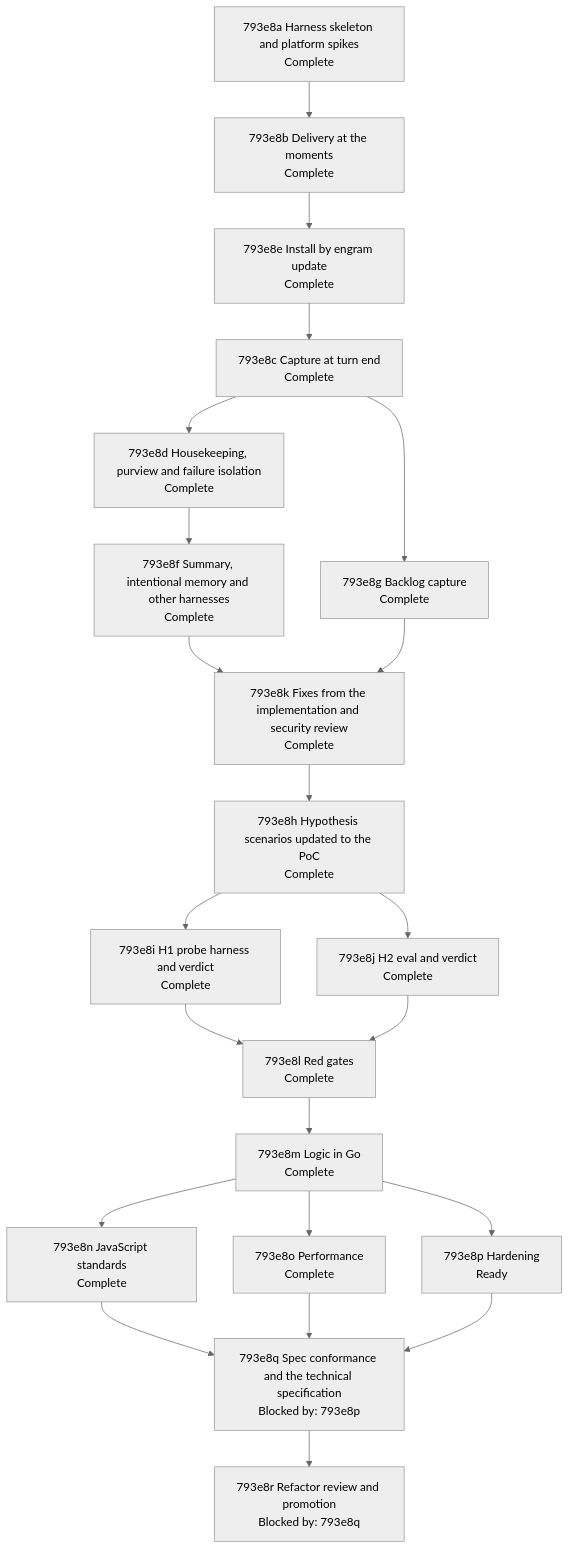
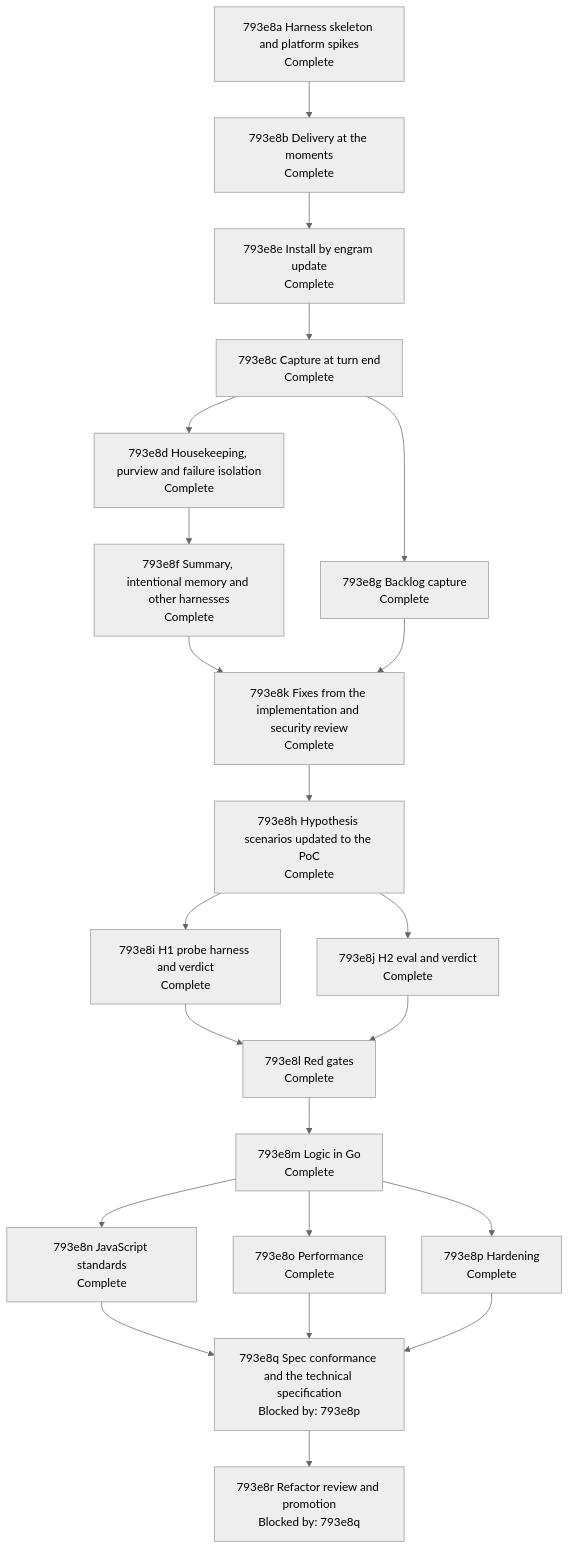
One commit to toejough/engram changed the diagram in docs/changes/793_parallel-memory-agent/793e_implementation-plan.md. Above: the diagram before and after it, drawn with Mermaid (neutral theme). The commit also changed other lines of this file and 1 other file, not shown here.

First line of the commit message:
docs(793e8p): node 793e8p complete; the numbers, the lookup deadline measurement and the result of the acceptance suite

````diff
--- a/docs/changes/793_parallel-memory-agent/793e_implementation-plan.md
+++ b/docs/changes/793_parallel-memory-agent/793e_implementation-plan.md
@@ -219,40 +219,40 @@
 ```mermaid
 flowchart TD
   n793e8a["793e8a Harness skeleton and platform spikes<br/>Complete"]
   n793e8b["793e8b Delivery at the moments<br/>Complete"]
   n793e8e["793e8e Install by engram update<br/>Complete"]
   n793e8c["793e8c Capture at turn end<br/>Complete"]
   n793e8d["793e8d Housekeeping, purview and failure isolation<br/>Complete"]
   n793e8g["793e8g Backlog capture<br/>Complete"]
   n793e8f["793e8f Summary, intentional memory and other harnesses<br/>Complete"]
   n793e8k["793e8k Fixes from the implementation and security review<br/>Complete"]
   n793e8h["793e8h Hypothesis scenarios updated to the PoC<br/>Complete"]
   n793e8i["793e8i H1 probe harness and verdict<br/>Complete"]
   n793e8j["793e8j H2 eval and verdict<br/>Complete"]
   n793e8l["793e8l Red gates<br/>Complete"]
   n793e8m["793e8m Logic in Go<br/>Complete"]
   n793e8n["793e8n JavaScript standards<br/>Complete"]
   n793e8o["793e8o Performance<br/>Complete"]
-  n793e8p["793e8p Hardening<br/>Ready"]
+  n793e8p["793e8p Hardening<br/>Complete"]
   n793e8q["793e8q Spec conformance and the technical specification<br/>Blocked by: 793e8p"]
   n793e8r["793e8r Refactor review and promotion<br/>Blocked by: 793e8q"]
   n793e8a --> n793e8b --> n793e8e --> n793e8c
   n793e8c --> n793e8d
   n793e8c --> n793e8g
   n793e8d --> n793e8f
   n793e8f --> n793e8k
   n793e8g --> n793e8k
   n793e8k --> n793e8h
   n793e8h --> n793e8i
   n793e8h --> n793e8j
   n793e8i --> n793e8l
   n793e8j --> n793e8l
   n793e8l --> n793e8m
   n793e8m --> n793e8n
   n793e8m --> n793e8o
   n793e8m --> n793e8p
   n793e8n --> n793e8q
   n793e8o --> n793e8q
   n793e8p --> n793e8q
   n793e8q --> n793e8r
 ```
````
